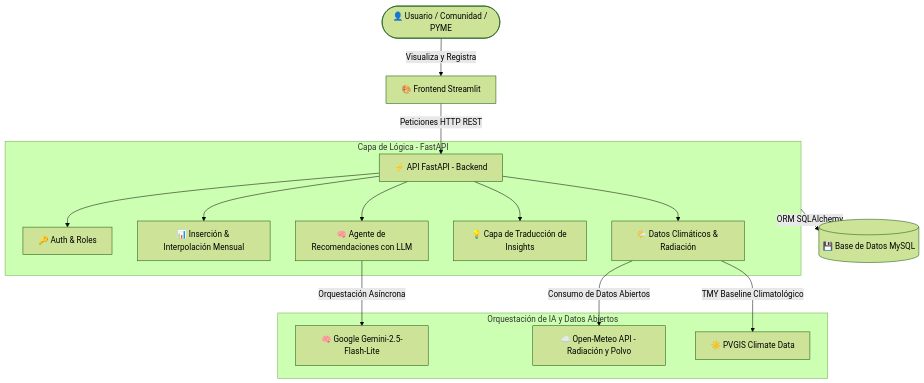
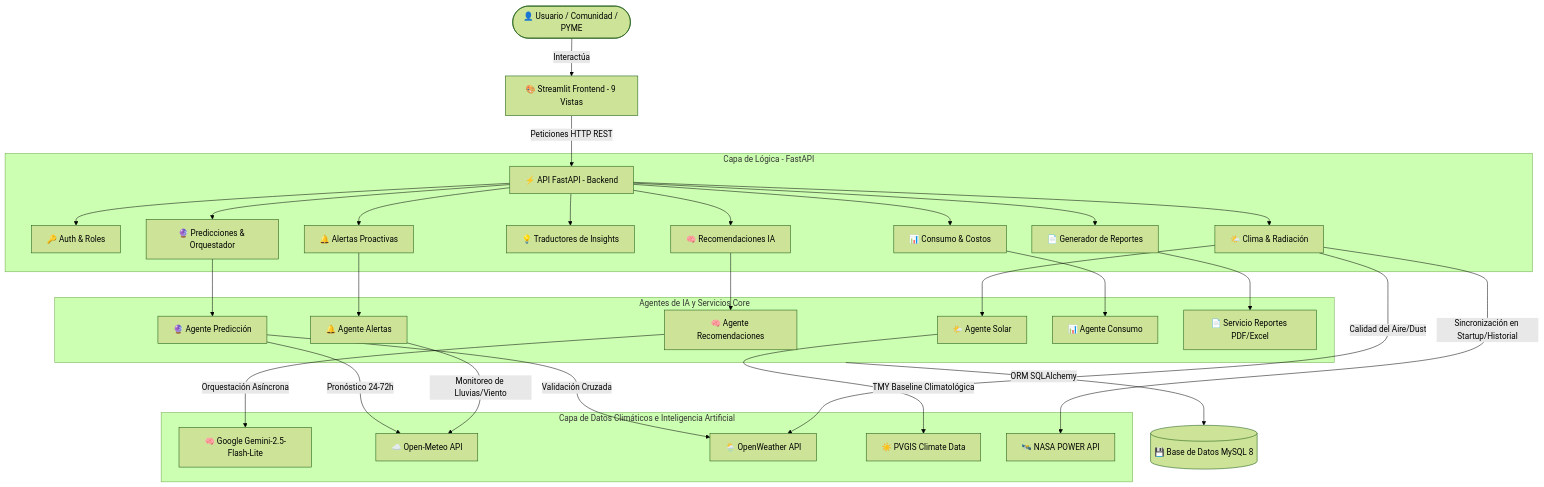
Before and after one commit to edier-0/agente_solar_riohacha: the first of 2 diagrams in README.md, drawn with Mermaid (forest theme). The commit also changed other lines of this file, not shown here.

Commit message:
docs: :memo: Actualizar el archivo README con la arquitectura del sistema ampliada, la lógica de alertas y los nuevos módulos de interfaz/agente

````diff
--- a/README.md
+++ b/README.md
@@ -53,21 +53,37 @@
 ```mermaid
 graph TD
-    User([👤 Usuario / Comunidad / PYME]) -->|Visualiza y Registra| Streamlit[🎨 Frontend Streamlit]
+    User([👤 Usuario / Comunidad / PYME]) -->|Interactúa| Streamlit[🎨 Streamlit Frontend - 9 Vistas]
     Streamlit -->|Peticiones HTTP REST| FastAPI[⚡ API FastAPI - Backend]
     
     subgraph FastAPI_Backend [Capa de Lógica - FastAPI]
         FastAPI --> AuthRoute[🔑 Auth & Roles]
-        FastAPI --> ConsumoRoute[📊 Inserción & Interpolación Mensual]
-        FastAPI --> SolarRoute[🌤️ Datos Climáticos & Radiación]
-        FastAPI --> InsightsRoute[💡 Capa de Traducción de Insights]
-        FastAPI --> IARoute[🧠 Agente de Recomendaciones con LLM]
+        FastAPI --> ConsumoRoute[📊 Consumo & Costos]
+        FastAPI --> SolarRoute[🌤️ Clima & Radiación]
+        FastAPI --> InsightsRoute[💡 Traductores de Insights]
+        FastAPI --> IARoute[🧠 Recomendaciones IA]
+        FastAPI --> PredRoute[🔮 Predicciones & Orquestador]
+        FastAPI --> AlertasRoute[🔔 Alertas Proactivas]
+        FastAPI --> RepRoute[📄 Generador de Reportes]
     end
     
-    subgraph Motores_Externos [Orquestación de IA y Datos Abiertos]
-        IARoute -->|Orquestación Asíncrona| Gemini[🧠 Google Gemini-2.5-Flash-Lite]
-        SolarRoute -->|Consumo de Datos Abiertos| OpenMeteo[☁️ Open-Meteo API - Radiación y Polvo]
-        SolarRoute -->|TMY Baseline Climatológico| PVGIS[☀️ PVGIS Climate Data]
+    subgraph Servicios_Agentes [Agentes de IA y Servicios Core]
+        IARoute --> AgRecomendador[🧠 Agente Recomendaciones]
+        PredRoute --> AgPrediccion[🔮 Agente Predicción]
+        AlertasRoute --> AgAlertas[🔔 Agente Alertas]
+        SolarRoute --> AgSolar[🌤️ Agente Solar]
+        ConsumoRoute --> AgConsumo[📊 Agente Consumo]
+        RepRoute --> ServReportes[📄 Servicio Reportes PDF/Excel]
+    end
+
+    subgraph Motores_Externos [Capa de Datos Climáticos e Inteligencia Artificial]
+        AgRecomendador -->|Orquestación Asíncrona| Gemini[🧠 Google Gemini-2.5-Flash-Lite]
+        AgPrediccion -->|Pronóstico 24-72h| OpenMeteo[☁️ Open-Meteo API]
+        AgPrediccion -->|Validación Cruzada| OpenWeather[🌦️ OpenWeather API]
+        AgAlertas -->|Monitoreo de Lluvias/Viento| OpenMeteo
+        AgSolar -->|TMY Baseline Climatológica| PVGIS[☀️ PVGIS Climate Data]
+        SolarRoute -->|Sincronización en Startup/Historial| NasaPower[🛰️ NASA POWER API]
+        SolarRoute -->|Calidad del Aire/Dust| OpenWeather
     end
     
-    FastAPI_Backend -->|ORM SQLAlchemy| DB[(💾 Base de Datos MySQL)]
+    Servicios_Agentes -->|ORM SQLAlchemy| DB[(💾 Base de Datos MySQL 8)]
 ```
````
